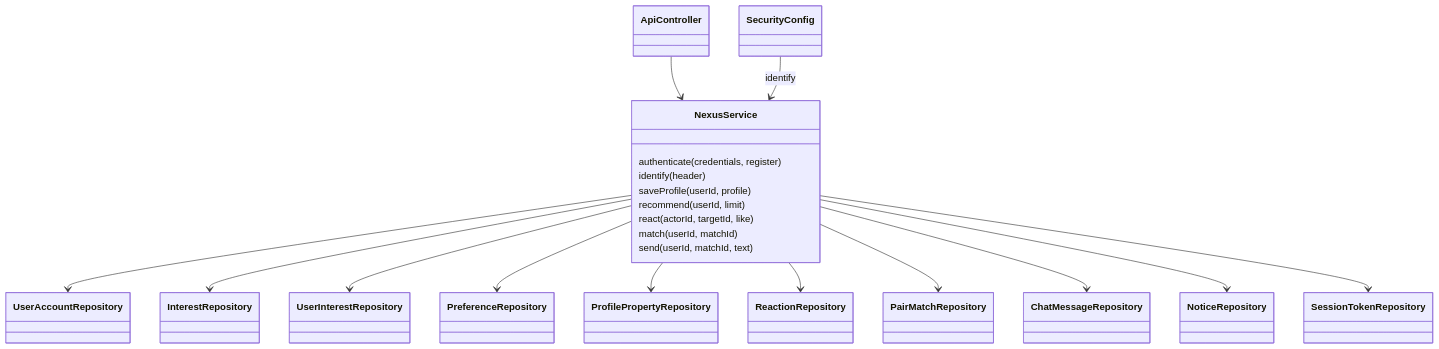
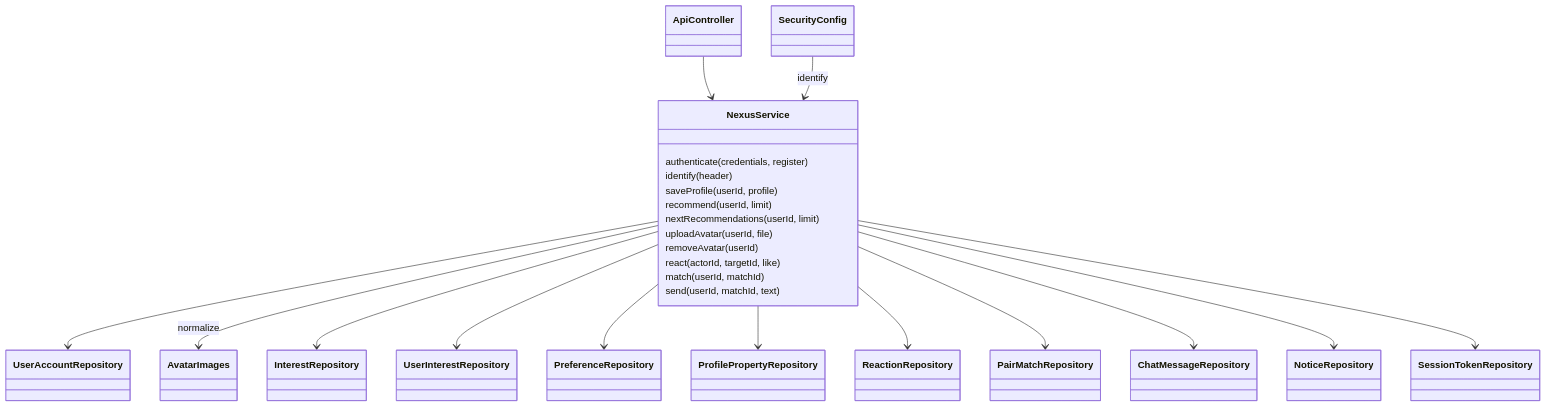
Before and after one commit to SMART-DATING/nexus-docs: the diagram in diagrams/UML.md, drawn with Mermaid. The commit also changed 3 other files, not shown here.

Commit message:
Align overview, use cases, UML and roadmap with photo and swipe features

````diff
--- a/diagrams/UML.md
+++ b/diagrams/UML.md
@@ -2,24 +2,28 @@
 ```mermaid
 classDiagram
   ApiController --> NexusService
   SecurityConfig --> NexusService : identify
   NexusService --> UserAccountRepository
+  NexusService --> AvatarImages : normalize
   NexusService --> InterestRepository
   NexusService --> UserInterestRepository
   NexusService --> PreferenceRepository
   NexusService --> ProfilePropertyRepository
   NexusService --> ReactionRepository
   NexusService --> PairMatchRepository
   NexusService --> ChatMessageRepository
   NexusService --> NoticeRepository
   NexusService --> SessionTokenRepository
   class NexusService {
     authenticate(credentials, register)
     identify(header)
     saveProfile(userId, profile)
     recommend(userId, limit)
+    nextRecommendations(userId, limit)
+    uploadAvatar(userId, file)
+    removeAvatar(userId)
     react(actorId, targetId, like)
     match(userId, matchId)
     send(userId, matchId, text)
   }
 ```
````
